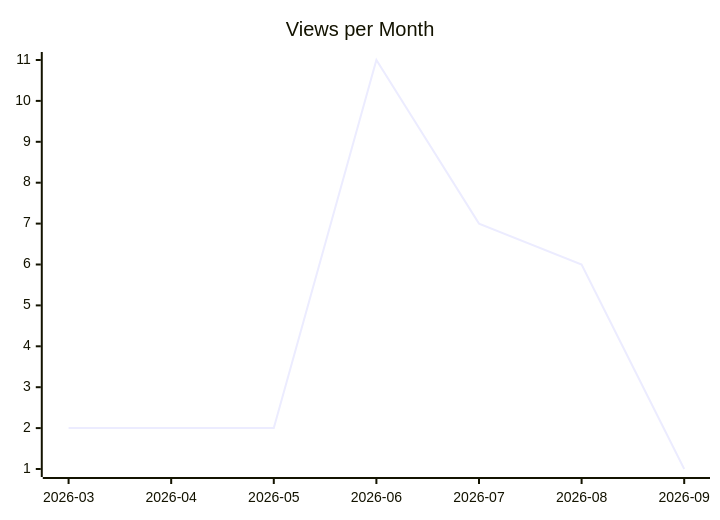
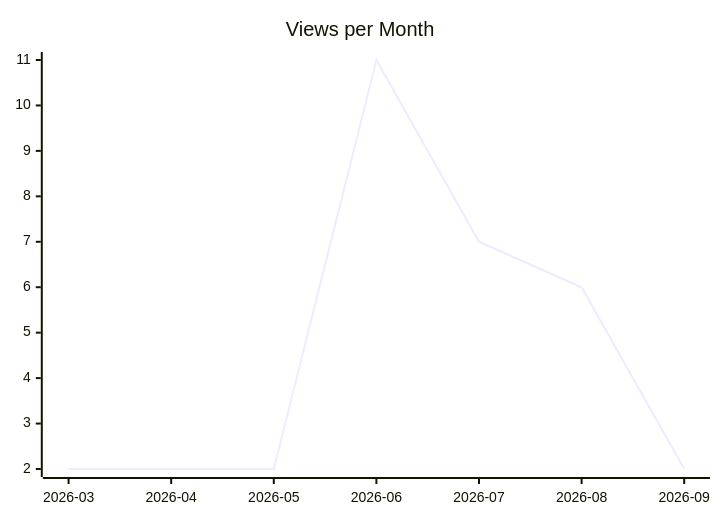
Before and after one commit to justdavis-family/github-analytics-data: the second of 3 diagrams in karlmdavis/ansible-role-jenkins2/README.md, drawn with Mermaid. The commit also changed other lines of this file and 188 other files, not shown here.

````diff
--- a/karlmdavis/ansible-role-jenkins2/README.md
+++ b/karlmdavis/ansible-role-jenkins2/README.md
@@ -12,6 +12,6 @@
 ```mermaid
 xychart-beta
   title "Views per Month"
   x-axis ["2026-03", "2026-04", "2026-05", "2026-06", "2026-07", "2026-08", "2026-09"]
-  line [2, 2, 2, 11, 7, 6, 1]
+  line [2, 2, 2, 11, 7, 6, 2]
 ```
````
